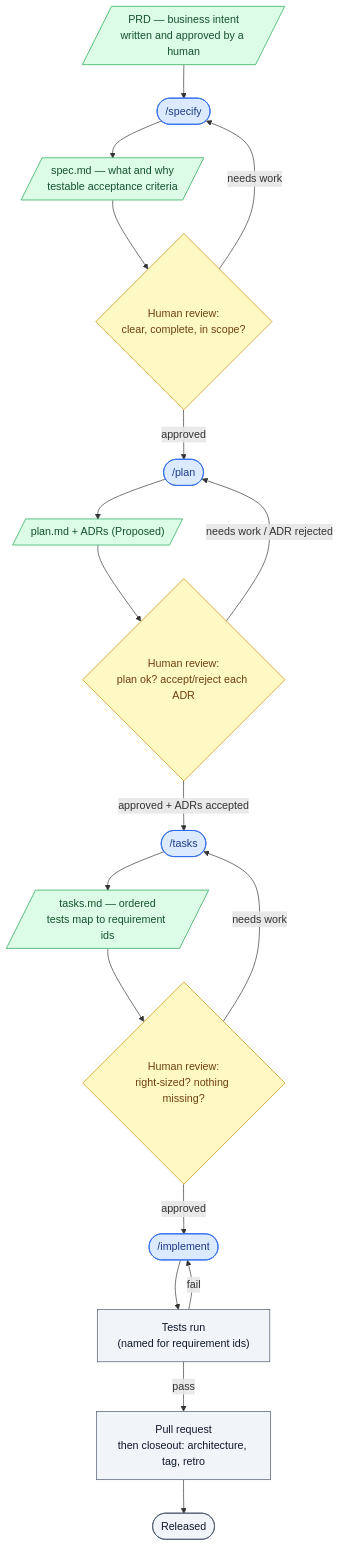
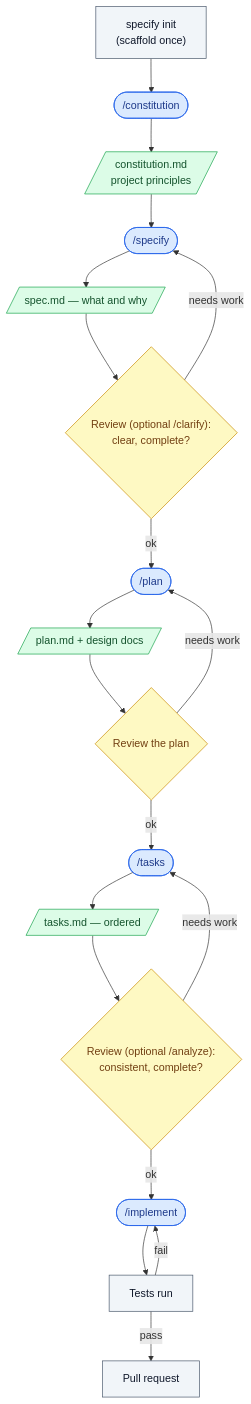
Before and after one commit to tthanh/runbook-platform-sdd: the first of 2 diagrams in docs/workflow/speckit-workflow.md, drawn with Mermaid. The commit also changed other lines of this file, not shown here.

First line of the commit message:
docs(workflow): restructure — standard SpecKit flow first, custom layer last

````diff
--- a/docs/workflow/speckit-workflow.md
+++ b/docs/workflow/speckit-workflow.md
@@ -18,32 +24,33 @@
 ```mermaid
 flowchart TD
-    PRD[/"PRD — business intent<br/>written and approved by a human"/]:::artifact
+    INIT["specify init<br/>(scaffold once)"]:::step
+    CONST(["/constitution"]):::ai
+    CONSTOUT[/"constitution.md<br/>project principles"/]:::artifact
     SPECIFY(["/specify"]):::ai
-    SPEC[/"spec.md — what and why<br/>testable acceptance criteria"/]:::artifact
-    SREV{"Human review:<br/>clear, complete, in scope?"}:::human
+    SPEC[/"spec.md — what and why"/]:::artifact
+    SREV{"Review (optional /clarify):<br/>clear, complete?"}:::human
     PLAN(["/plan"]):::ai
-    PLANOUT[/"plan.md + ADRs (Proposed)"/]:::artifact
-    PREV{"Human review:<br/>plan ok? accept/reject each ADR"}:::human
+    PLANOUT[/"plan.md + design docs"/]:::artifact
+    PREV{"Review the plan"}:::human
     TASKS(["/tasks"]):::ai
-    TASKOUT[/"tasks.md — ordered<br/>tests map to requirement ids"/]:::artifact
-    TREV{"Human review:<br/>right-sized? nothing missing?"}:::human
+    TASKOUT[/"tasks.md — ordered"/]:::artifact
+    TREV{"Review (optional /analyze):<br/>consistent, complete?"}:::human
     IMPL(["/implement"]):::ai
-    TEST["Tests run<br/>(named for requirement ids)"]:::step
-    PR["Pull request<br/>then closeout: architecture, tag, retro"]:::step
-    DONE([Released]):::step
+    TEST["Tests run"]:::step
+    PR["Pull request"]:::step
 
-    PRD --> SPECIFY --> SPEC --> SREV
+    INIT --> CONST --> CONSTOUT --> SPECIFY --> SPEC --> SREV
     SREV -- needs work --> SPECIFY
-    SREV -- approved --> PLAN --> PLANOUT --> PREV
-    PREV -- needs work / ADR rejected --> PLAN
-    PREV -- approved + ADRs accepted --> TASKS --> TASKOUT --> TREV
+    SREV -- ok --> PLAN --> PLANOUT --> PREV
+    PREV -- needs work --> PLAN
+    PREV -- ok --> TASKS --> TASKOUT --> TREV
     TREV -- needs work --> TASKS
-    TREV -- approved --> IMPL --> TEST
+    TREV -- ok --> IMPL --> TEST
     TEST -- fail --> IMPL
-    TEST -- pass --> PR --> DONE
+    TEST -- pass --> PR
 
     classDef ai fill:#dbeafe,stroke:#2563eb,color:#1e3a8a;
     classDef human fill:#fef9c3,stroke:#ca8a04,color:#713f12;
     classDef artifact fill:#dcfce7,stroke:#16a34a,color:#14532d;
     classDef step fill:#f1f5f9,stroke:#475569,color:#0f172a;
 ```
````
